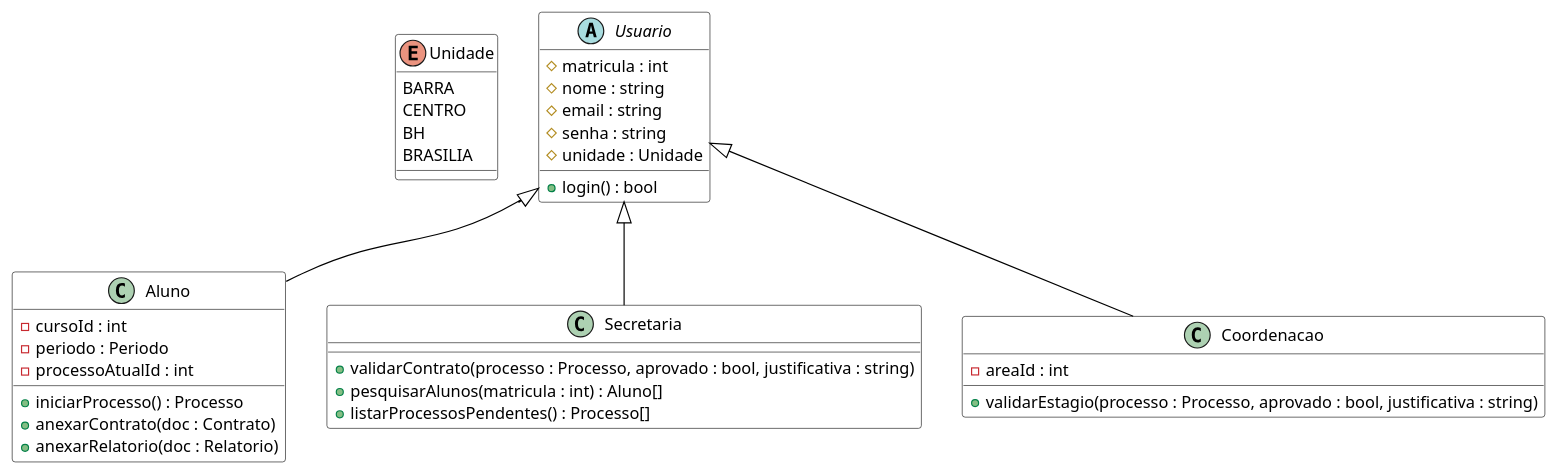
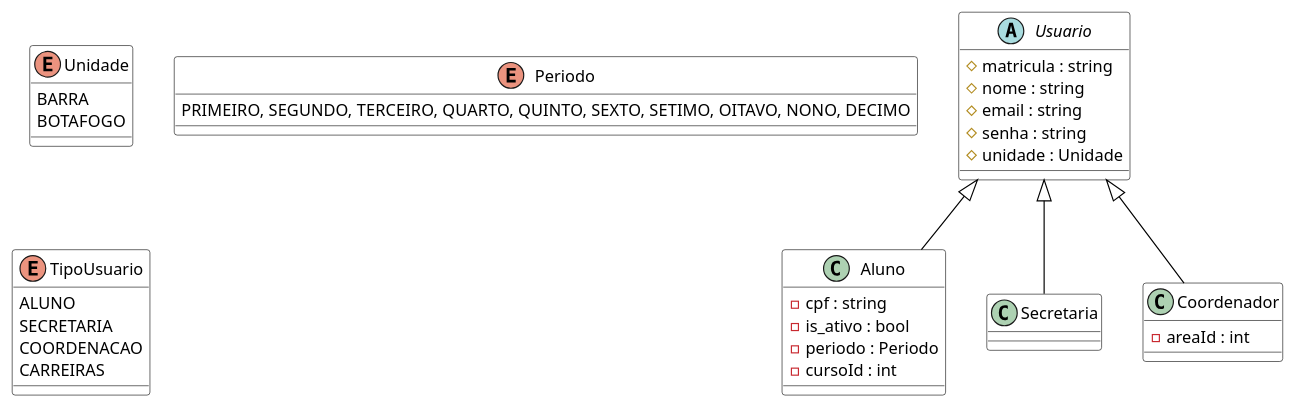
Before and after one commit to Projetos-de-Extensao/PBE_26.1_8002_III: the diagram in docs/assets/Diagramas/src/diagrama_classes_usuarios.puml, drawn with PlantUML. The commit also changed 7 other files, not shown here.

```diff
--- a/docs/assets/Diagramas/src/diagrama_classes_usuarios.puml
+++ b/docs/assets/Diagramas/src/diagrama_classes_usuarios.puml
@@ -1,48 +1,50 @@
 @startuml
 
 ' --- Estilos ---
 skinparam class {
     BackgroundColor White
     ArrowColor Black
     BorderColor Black
 }
 
 ' --- Enums ---
 enum Unidade {
     BARRA
-    CENTRO
-    BH
-    BRASILIA
+    BOTAFOGO
+}
+
+enum Periodo {
+    PRIMEIRO, SEGUNDO, TERCEIRO, QUARTO, QUINTO, SEXTO, SETIMO, OITAVO, NONO, DECIMO
+}
+
+enum TipoUsuario {
+    ALUNO
+    SECRETARIA
+    COORDENACAO
+    CARREIRAS
 }
 
 ' --- Classes de Usuários ---
 abstract class Usuario {
-    # matricula : int
+    # matricula : string
     # nome : string
     # email : string
     # senha : string
     # unidade : Unidade
-    + login() : bool
 }
 
 class Aluno extends Usuario {
+    - cpf : string
+    - is_ativo : bool
+    - periodo : Periodo
     - cursoId : int
-    - periodo : Periodo
-    - processoAtualId : int
-    + iniciarProcesso() : Processo
-    + anexarContrato(doc : Contrato)
-    + anexarRelatorio(doc : Relatorio)
 }
 
 class Secretaria extends Usuario {
-    + validarContrato(processo : Processo, aprovado : bool, justificativa : string)
-    + pesquisarAlunos(matricula : int) : Aluno[]
-    + listarProcessosPendentes() : Processo[]
 }
 
-class Coordenacao extends Usuario {
+class Coordenador extends Usuario {
     - areaId : int
-    + validarEstagio(processo : Processo, aprovado : bool, justificativa : string)
 }
 
 @enduml
```
